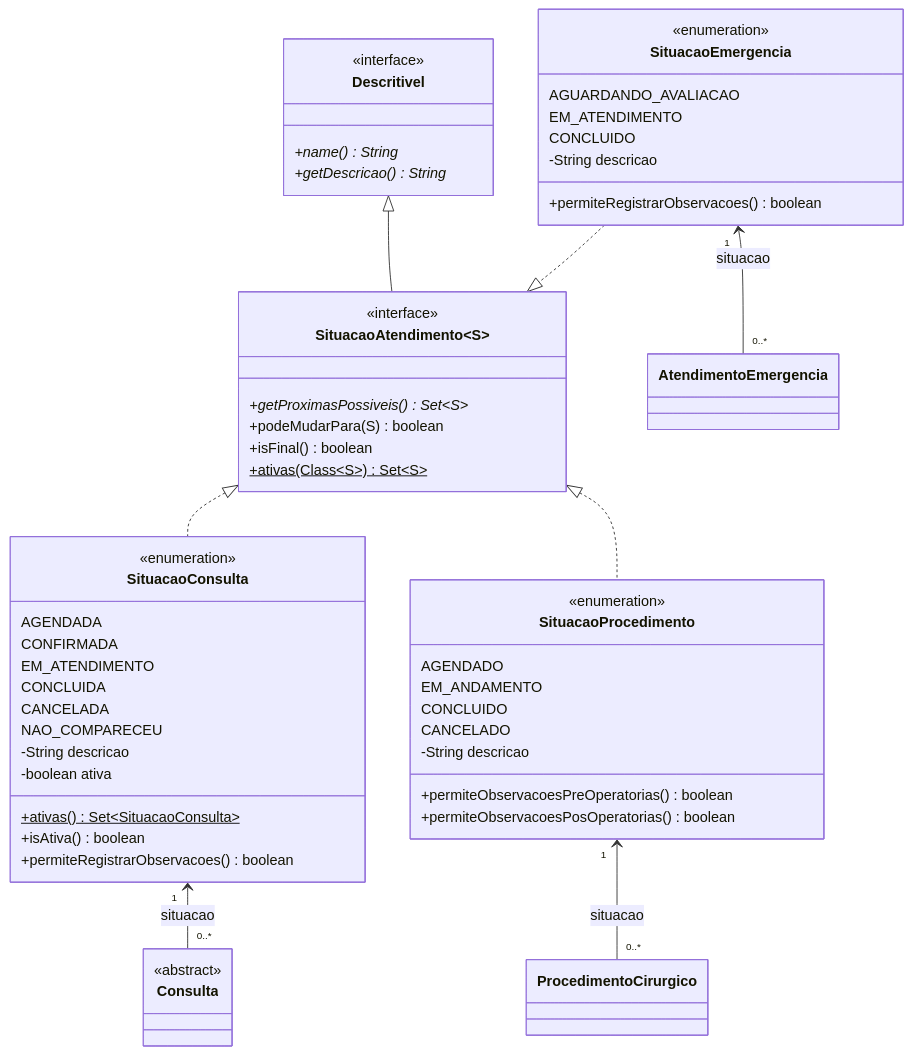
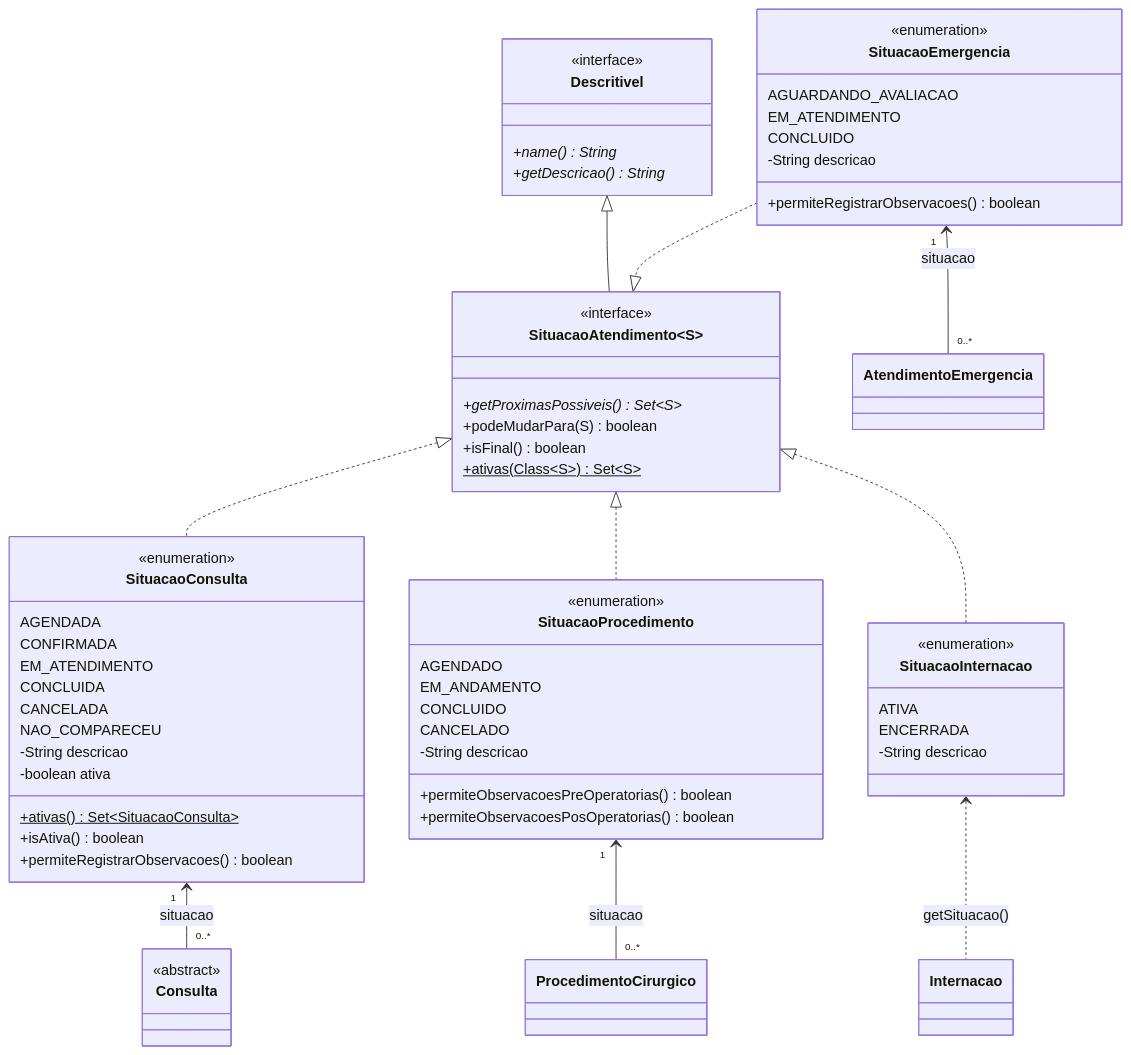
One commit to pedrolsrt/sistema-hospitalar changed the seventh of 13 diagrams in docs/diagrama-de-classes.md. Above: the diagram before and after it, drawn with Mermaid. The commit also changed other lines of this file and 8 other files, not shown here.

Commit message:
docs: atualiza README e diagramas da Sprint 3

````diff
--- a/docs/diagrama-de-classes.md
+++ b/docs/diagrama-de-classes.md
@@ -484,65 +530,75 @@
 ```mermaid
 classDiagram
     direction TB
 
     class Consulta { <<abstract>> }
     class AtendimentoEmergencia
     class ProcedimentoCirurgico
+    class Internacao
 
     class Descritivel {
         <<interface>>
         +name()* String
         +getDescricao()* String
     }
 
     class SituacaoAtendimento~S~ {
         <<interface>>
         +getProximasPossiveis()* Set~S~
         +podeMudarPara(S) boolean
         +isFinal() boolean
         +ativas(Class~S~)$ Set~S~
     }
 
     class SituacaoConsulta {
         <<enumeration>>
         AGENDADA
         CONFIRMADA
         EM_ATENDIMENTO
         CONCLUIDA
         CANCELADA
         NAO_COMPARECEU
         -String descricao
         -boolean ativa
         +ativas()$ Set~SituacaoConsulta~
         +isAtiva() boolean
         +permiteRegistrarObservacoes() boolean
     }
 
     class SituacaoEmergencia {
         <<enumeration>>
         AGUARDANDO_AVALIACAO
         EM_ATENDIMENTO
         CONCLUIDO
         -String descricao
         +permiteRegistrarObservacoes() boolean
     }
 
     class SituacaoProcedimento {
         <<enumeration>>
         AGENDADO
         EM_ANDAMENTO
         CONCLUIDO
         CANCELADO
         -String descricao
         +permiteObservacoesPreOperatorias() boolean
         +permiteObservacoesPosOperatorias() boolean
     }
 
+    class SituacaoInternacao {
+        <<enumeration>>
+        ATIVA
+        ENCERRADA
+        -String descricao
+    }
+
     Descritivel <|-- SituacaoAtendimento
     SituacaoEmergencia ..|> SituacaoAtendimento
     SituacaoAtendimento <|.. SituacaoConsulta
     SituacaoAtendimento <|.. SituacaoProcedimento
+    SituacaoAtendimento <|.. SituacaoInternacao
     SituacaoEmergencia "1" <-- "0..*" AtendimentoEmergencia : situacao
     SituacaoConsulta "1" <-- "0..*" Consulta : situacao
     SituacaoProcedimento "1" <-- "0..*" ProcedimentoCirurgico : situacao
+    SituacaoInternacao <.. Internacao : getSituacao()
 ```
````
